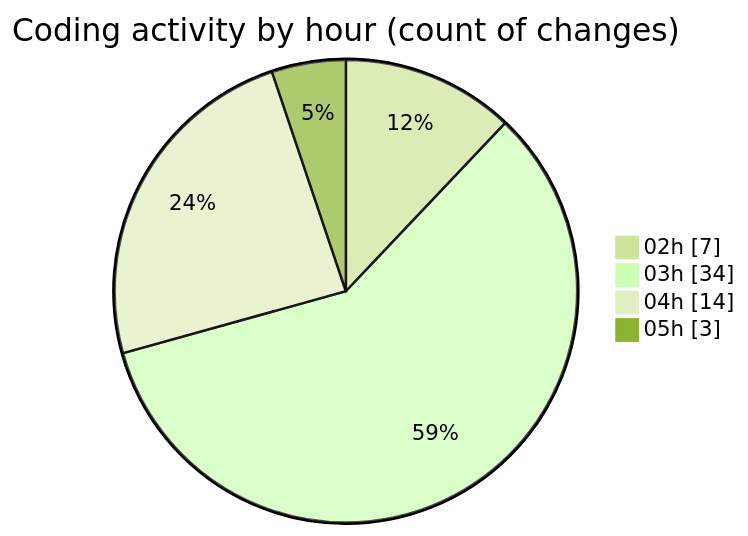
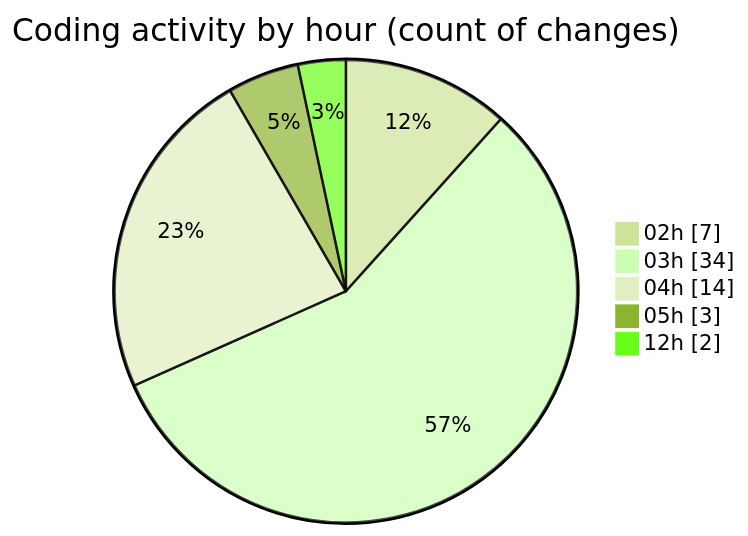
One commit to JenPaints/code-tracking changed the second of 2 diagrams in 2025-05-29/kimberly-groups/README.md. Above: the diagram before and after it, drawn with Mermaid (forest theme). The commit also changed other lines of this file and 1 other file, not shown here.

````diff
--- a/2025-05-29/kimberly-groups/README.md
+++ b/2025-05-29/kimberly-groups/README.md
@@ -36,8 +36,9 @@
 ```mermaid
 pie showData
 title Coding activity by hour (count of changes)
 "02h" : 7
 "03h" : 34
 "04h" : 14
 "05h" : 3
+"12h" : 2
 ```
````
